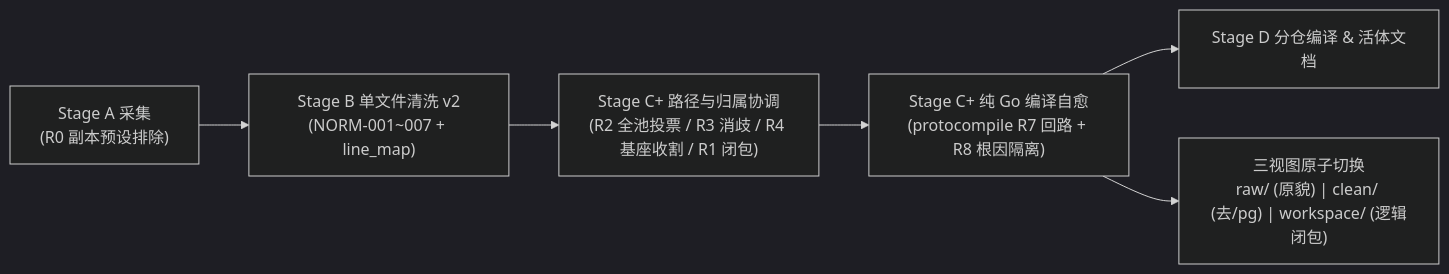
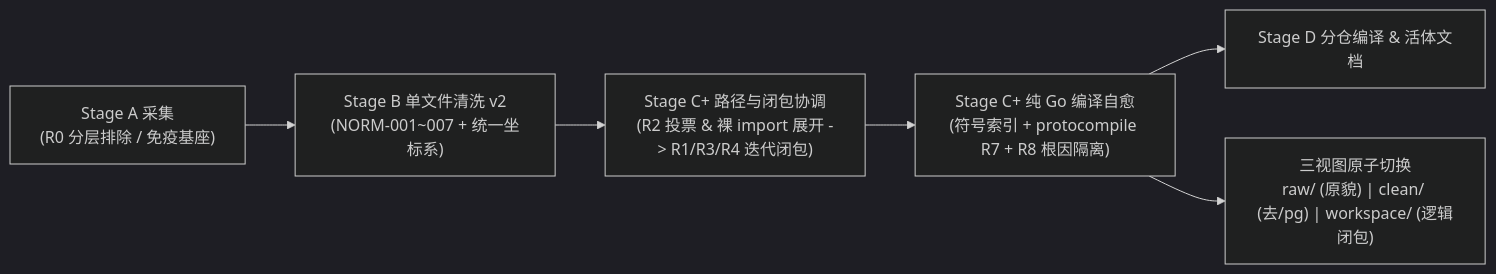
Before and after one commit to fugui/code-contract: the diagram in docs/05-adr/28-uservice-normalization-pg-flattening-and-compile-closure-adr.md, drawn with Mermaid (dark theme). The commit also changed other lines of this file and 1 other file, not shown here.

Commit message:
docs: 修订 ADR-28 (r2) 统一去 /pg 坐标空间、R0/R4 隔离与 protocompile 符号索引方案

````diff
--- a/docs/05-adr/28-uservice-normalization-pg-flattening-and-compile-closure-adr.md
+++ b/docs/05-adr/28-uservice-normalization-pg-flattening-and-compile-closure-adr.md
@@ -120,8 +126,8 @@
 ```mermaid
 flowchart LR
-    A["Stage A 采集<br/>(R0 副本预设排除)"] --> B["Stage B 单文件清洗 v2<br/>(NORM-001~007 + line_map)"]
-    B --> C1["Stage C+ 路径与归属协调<br/>(R2 全池投票 / R3 消歧 / R4 基座收割 / R1 闭包)"]
-    C1 --> C2["Stage C+ 纯 Go 编译自愈<br/>(protocompile R7 回路 + R8 根因隔离)"]
+    A["Stage A 采集<br/>(R0 分层排除 / 免疫基座)"] --> B["Stage B 单文件清洗 v2<br/>(NORM-001~007 + 统一坐标系)"]
+    B --> C1["Stage C+ 路径与闭包协调<br/>(R2 投票 & 裸 import 展开 -> R1/R3/R4 迭代闭包)"]
+    C1 --> C2["Stage C+ 纯 Go 编译自愈<br/>(符号索引 + protocompile R7 + R8 根因隔离)"]
     C2 --> D1["Stage D 分仓编译 & 活体文档"]
     C2 --> D2["三视图原子切换<br/>raw/ (原貌) | clean/ (去/pg) | workspace/ (逻辑闭包)"]
 ```
````
